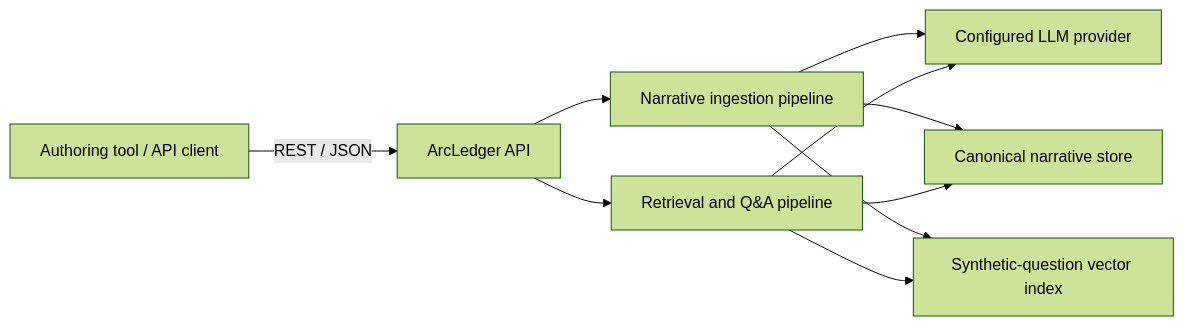
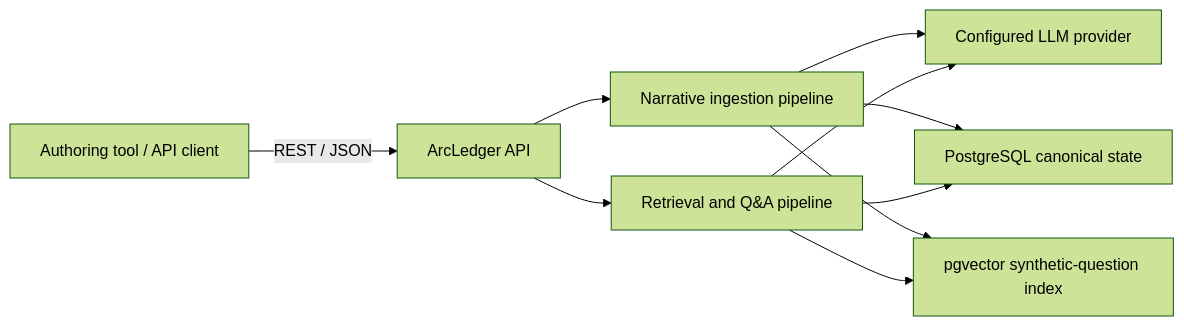
Before and after one commit to shri299/arc-ledger: the second of 6 diagrams in README.md, drawn with Mermaid (forest theme). The commit also changed other lines of this file and 16 other files, not shown here.

Commit message:
feat: migrate vector storage to PostgreSQL pgvector

````diff
--- a/README.md
+++ b/README.md
@@ -47,12 +47,12 @@
 ```mermaid
 flowchart LR
     Client["Authoring tool / API client"] -->|"REST / JSON"| API["ArcLedger API"]
     API --> Ingestion["Narrative ingestion pipeline"]
     API --> Query["Retrieval and Q&A pipeline"]
     Ingestion --> LLM["Configured LLM provider"]
-    Ingestion --> Canon["Canonical narrative store"]
-    Ingestion --> Vector["Synthetic-question vector index"]
+    Ingestion --> Canon["PostgreSQL canonical state"]
+    Ingestion --> Vector["pgvector synthetic-question index"]
     Query --> Canon
     Query --> Vector
     Query --> LLM
 ```
````
